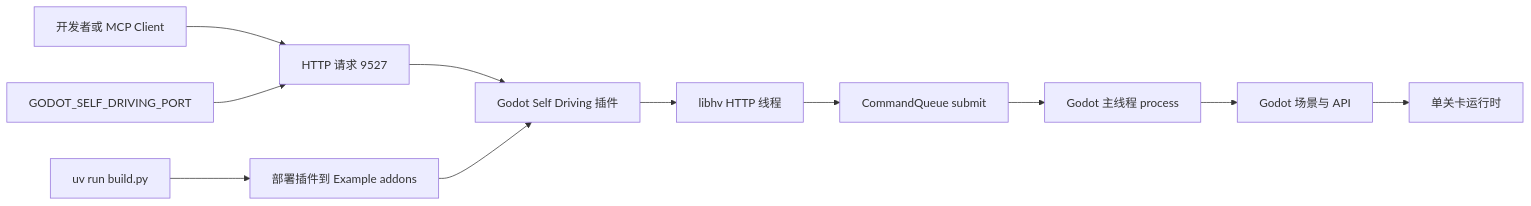
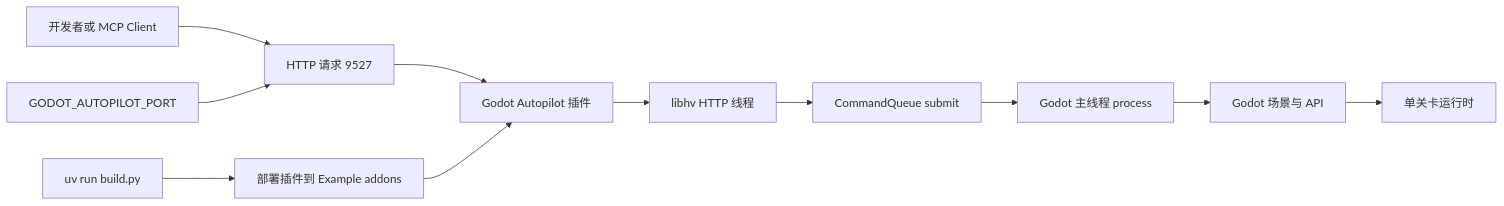
One commit to jesspig/Godot-Autopilot changed the sixth of 6 diagrams in Example/docs/architecture.md. Above: the diagram before and after it, drawn with Mermaid. The commit also changed other lines of this file and 172 other files, not shown here.

First line of the commit message:
refactor(项目): 全量更名 godot-self-driving 为 godot-autopilot

````diff
--- a/Example/docs/architecture.md
+++ b/Example/docs/architecture.md
@@ -289,13 +289,13 @@
 ```mermaid
 flowchart LR
     Dev[开发者或 MCP Client] --> HTTP[HTTP 请求 9527]
-    HTTP --> Plugin[Godot Self Driving 插件]
+    HTTP --> Plugin[Godot Autopilot 插件]
     Plugin --> Worker[libhv HTTP 线程]
     Worker --> Queue[CommandQueue submit]
     Queue --> Main[Godot 主线程 process]
     Main --> Godot[Godot 场景与 API]
     Godot --> Game[单关卡运行时]
     Build[uv run build.py] --> Deploy[部署插件到 Example addons]
     Deploy --> Plugin
-    Env[GODOT_SELF_DRIVING_PORT] --> HTTP
+    Env[GODOT_AUTOPILOT_PORT] --> HTTP
 ```
````
